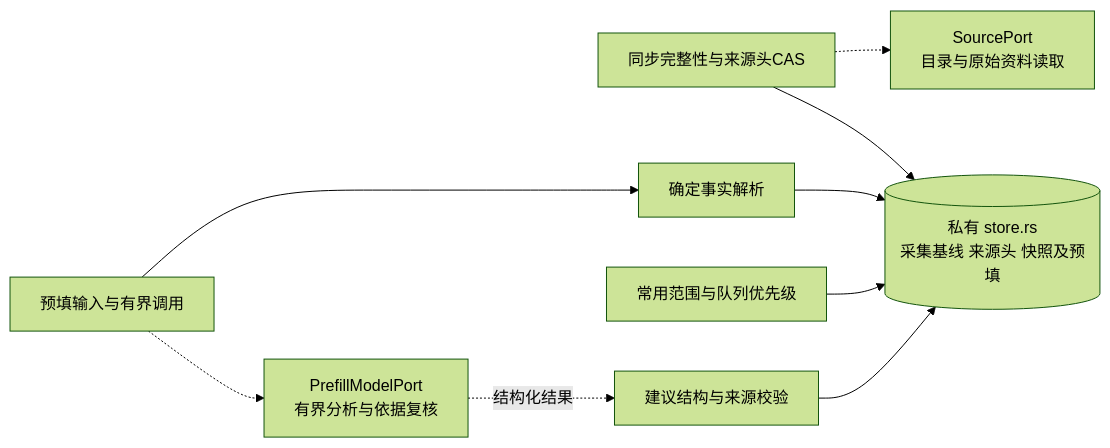
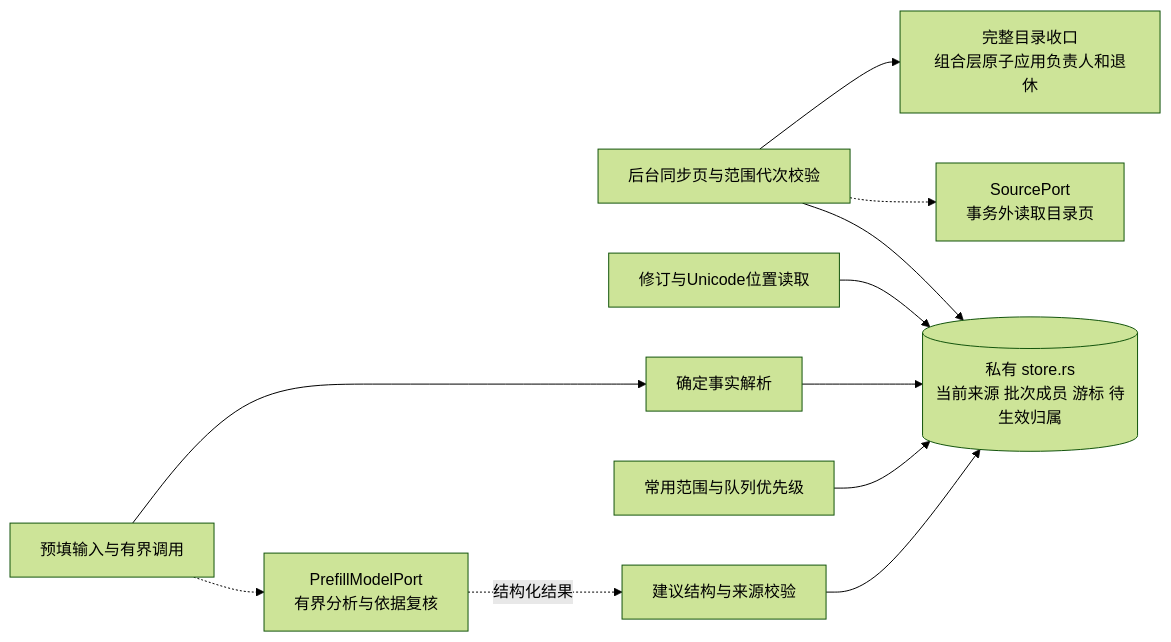
One commit to yaoziyaoguai/data_agent changed the fifth of 11 diagrams in docs/architecture/knowledge-modules.md. Above: the diagram before and after it, drawn with Mermaid (forest theme). The commit also changed other lines of this file and 55 other files, not shown here.

````diff
--- a/docs/architecture/knowledge-modules.md
+++ b/docs/architecture/knowledge-modules.md
@@ -288,11 +295,13 @@
 ```mermaid
 flowchart LR
-    Sync[同步完整性与来源头CAS] -.-> SourcePort[SourcePort<br/>目录与原始资料读取]
-    Sync --> Store[(私有 store.rs<br/>采集基线 来源头 快照及预填)]
+    Sync[后台同步页与范围代次校验] -.-> SourcePort[SourcePort<br/>事务外读取目录页]
+    Sync --> Store[(私有 store.rs<br/>当前来源 批次成员 游标 待生效归属)]
+    Sync --> Complete[完整目录收口<br/>组合层原子应用负责人和退休]
+    Read[修订与Unicode位置读取] --> Store
     Facts[确定事实解析] --> Store
     Preference[常用范围与队列优先级] --> Store
     Input[预填输入与有界调用] --> Facts
     Input -.-> ModelPort[PrefillModelPort<br/>有界分析与依据复核]
     Validate[建议结构与来源校验] --> Store
     ModelPort -.->|结构化结果| Validate
 ```
````
